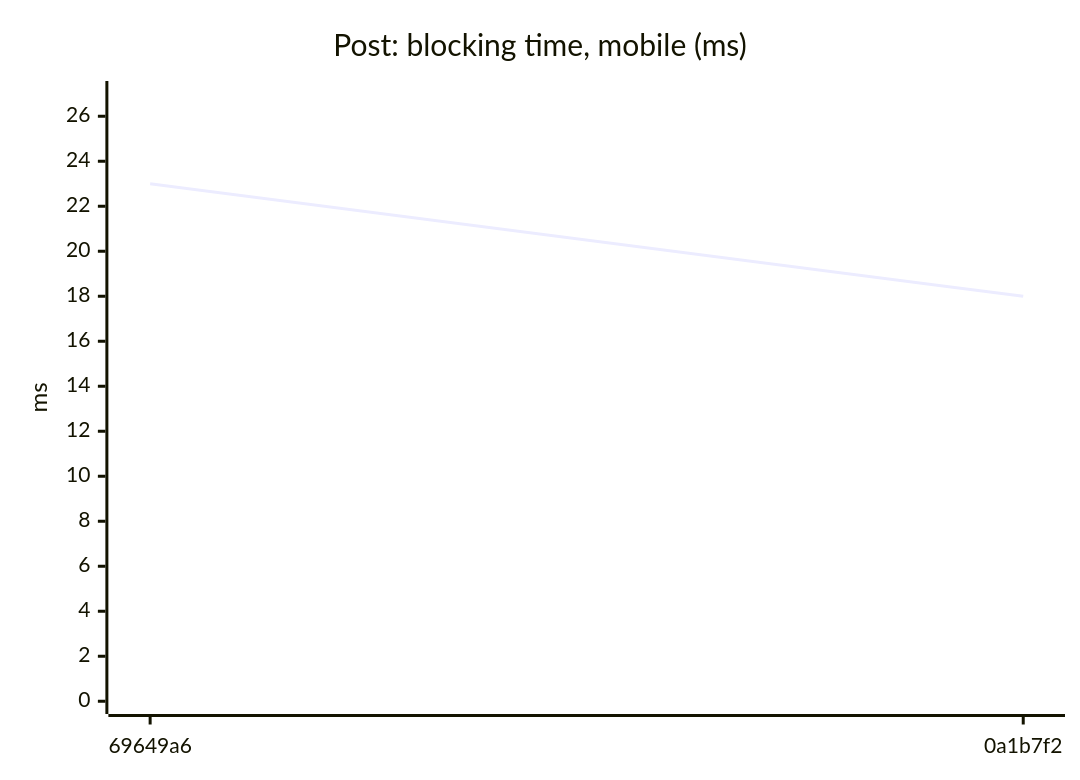
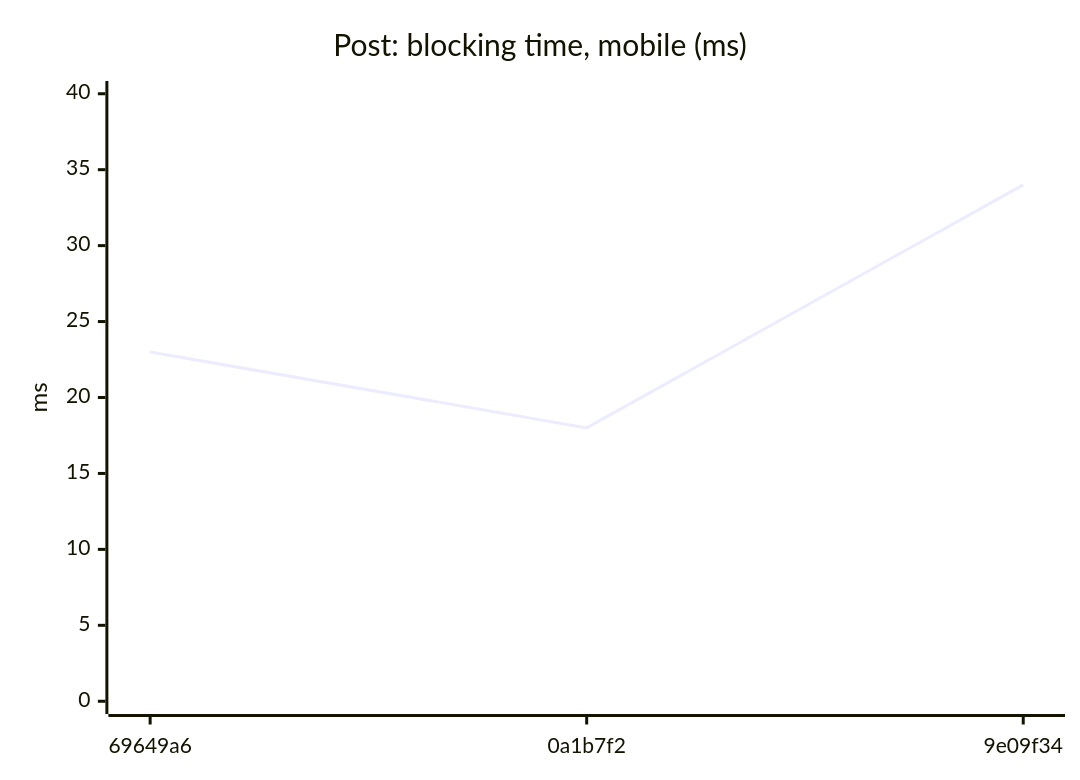
One commit to AxelUser/maltsev.space changed diagram 12 of 18 in README.md. Above: the diagram before and after it, drawn with Mermaid. The commit also changed other lines of this file and 1 other file, not shown here.

````diff
--- a/README.md
+++ b/README.md
@@ -133,7 +133,7 @@
 ```mermaid
 xychart-beta
   title "Post: blocking time, mobile (ms)"
-  x-axis ["69649a6", "0a1b7f2"]
-  y-axis "ms" 0 --> 27
-  line [23, 18]
+  x-axis ["69649a6", "0a1b7f2", "9e09f34"]
+  y-axis "ms" 0 --> 40
+  line [23, 18, 34]
 ```
````
